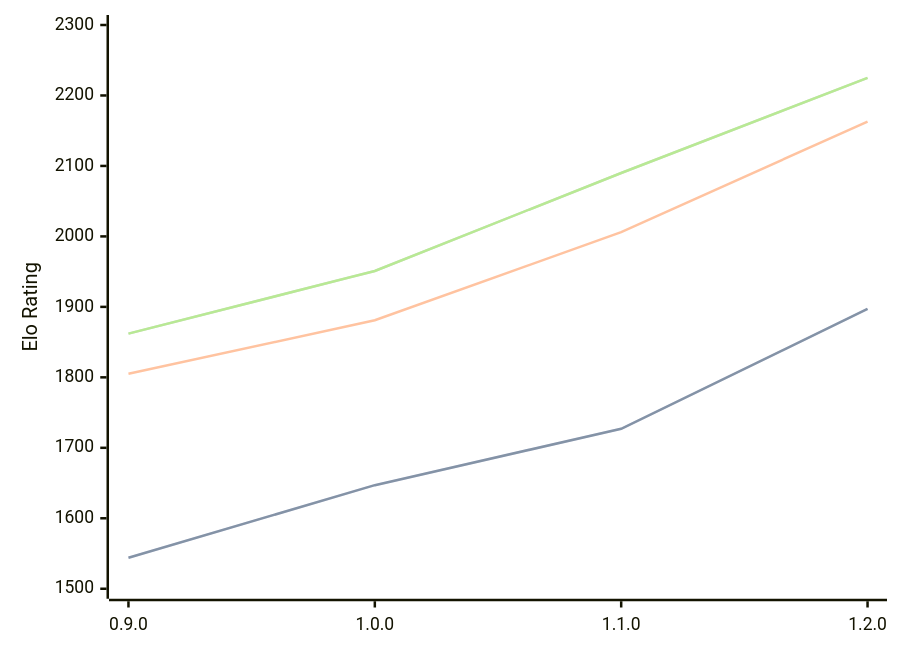
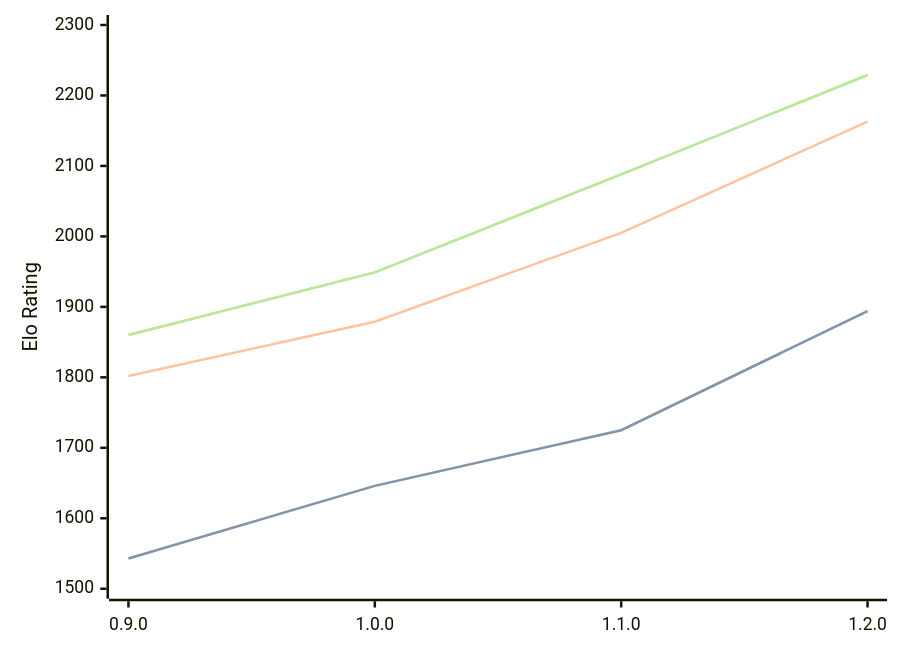
One commit to computer-chess-index/cci changed the diagram in engines/Ratsu.md. Above: the diagram before and after it, drawn with Mermaid. The commit also changed other lines of this file, not shown here.

Commit message:
Update CCI Ratings (ELO VLTC) - 2026-05-22

````diff
--- a/engines/Ratsu.md
+++ b/engines/Ratsu.md
@@ -34,11 +34,11 @@
 ```mermaid
 %%{init: {"theme":"base","themeVariables":{"seriesColors:['#a3a3a3','#222221','#faa371']}}}%%
 xychart-beta
   x-axis ["0.9.0", "1.0.0", "1.1.0", "1.2.0"]
   y-axis "Elo Rating" 1500 --> 2300
-  line "STC (8.0+0.08s)" [1544, 1647, 1727, 1897]
-  line "STC (8.0+0.08s)" [1544, 1647, 1727, 1897]
-  line "LTC (60.0+0.60s)" [1805, 1881, 2006, 2163]
-  line "VLTC (2m24s+1.12s)" [1862, 1951, 2090, 2225]
-  line "VLTC (2m24s+1.12s)" [1862, 1951, 2090, 2225]
+  line "STC (8.0+0.08s)" [1543, 1646, 1725, 1894]
+  line "STC (8.0+0.08s)" [1543, 1646, 1725, 1894]
+  line "LTC (60.0+0.60s)" [1802, 1879, 2005, 2163]
+  line "VLTC (2m24s+1.12s)" [1860, 1949, 2088, 2229]
+  line "VLTC (2m24s+1.12s)" [1860, 1949, 2088, 2229]
 ```
````
